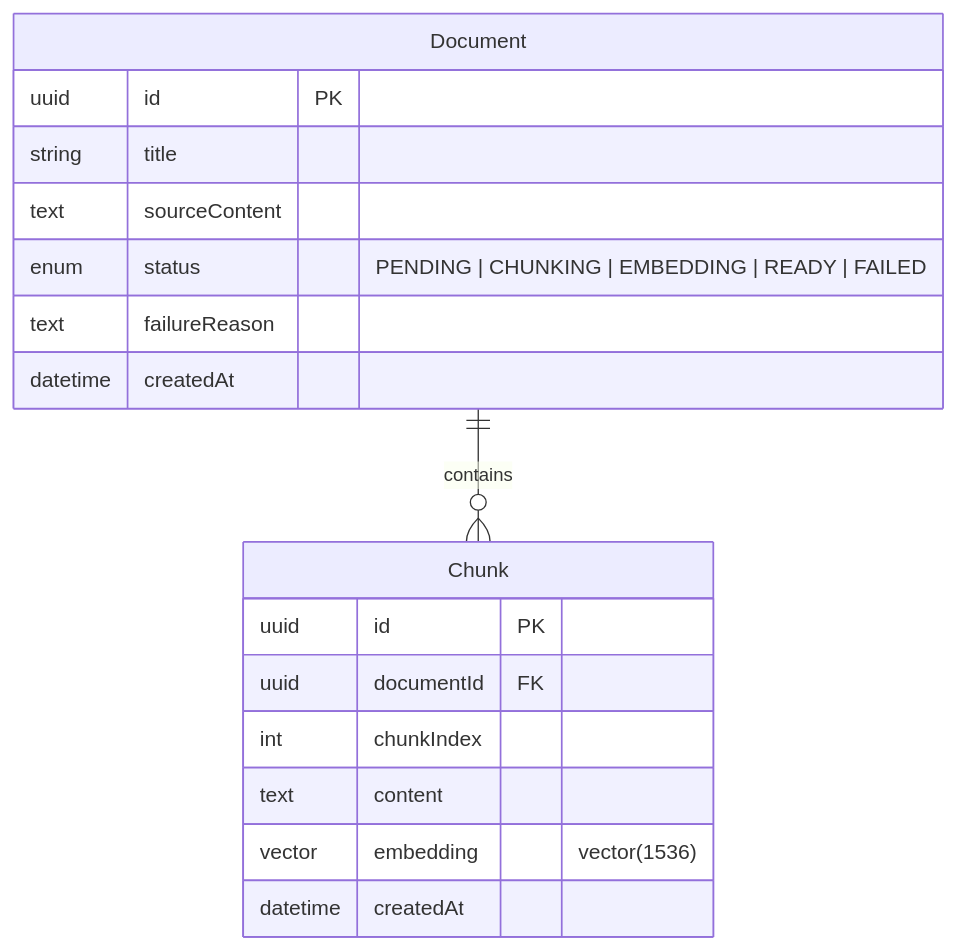
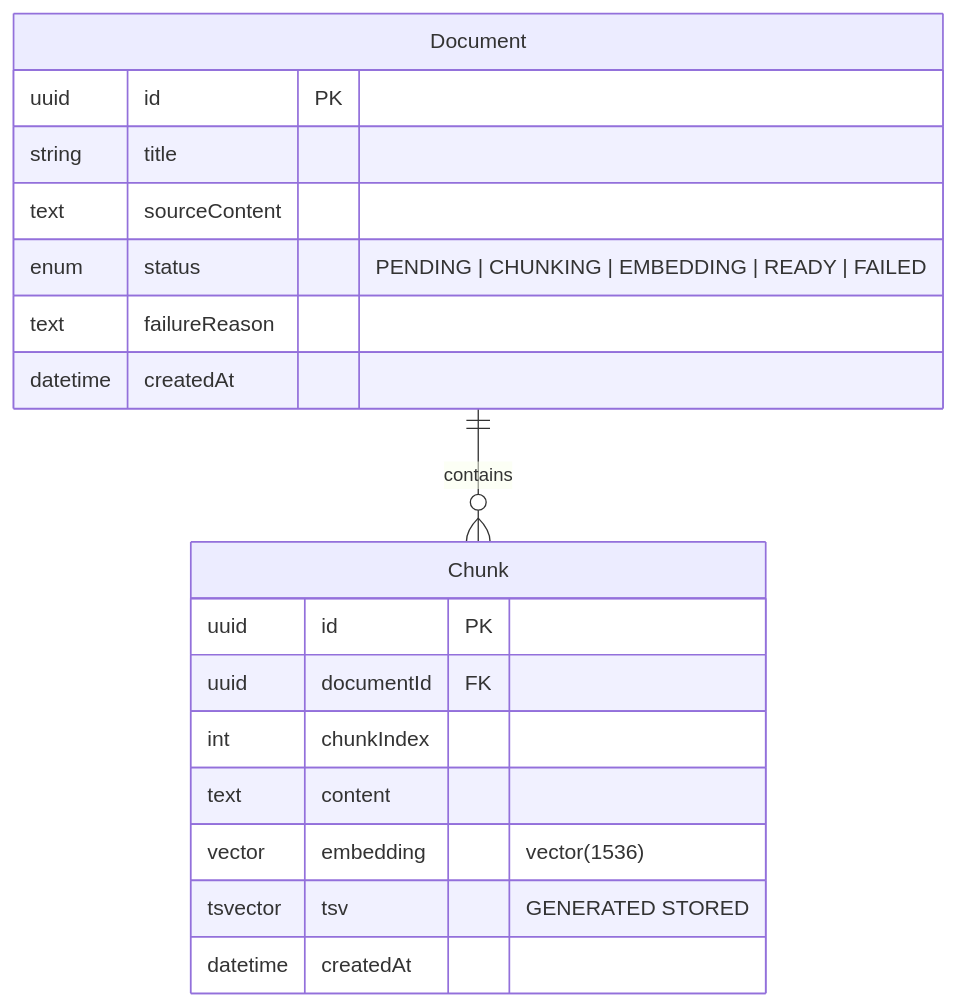
The eighth of 9 diagrams in README.md (mo74x/Docmind), drawn with Mermaid before and after one commit. The commit also changed other lines of this file and 6 other files, not shown here.

````diff
--- a/README.md
+++ b/README.md
@@ -528,22 +529,23 @@
 ```mermaid
 erDiagram
     Document ||--o{ Chunk : "contains"
 
     Document {
         uuid id PK
         string title
         text sourceContent
         enum status "PENDING | CHUNKING | EMBEDDING | READY | FAILED"
         text failureReason
         datetime createdAt
     }
 
     Chunk {
         uuid id PK
         uuid documentId FK
         int chunkIndex
         text content
         vector embedding "vector(1536)"
+        tsvector tsv "GENERATED STORED"
         datetime createdAt
     }
 ```
````
